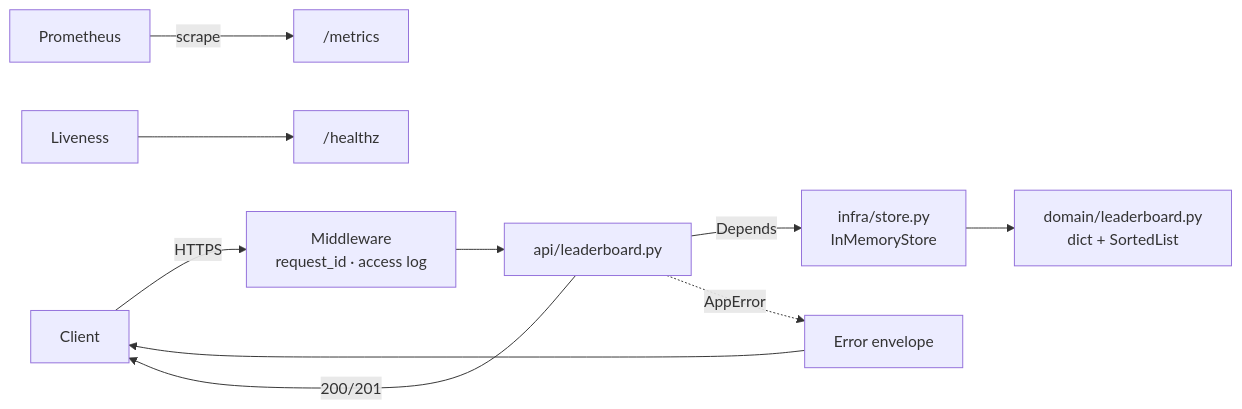
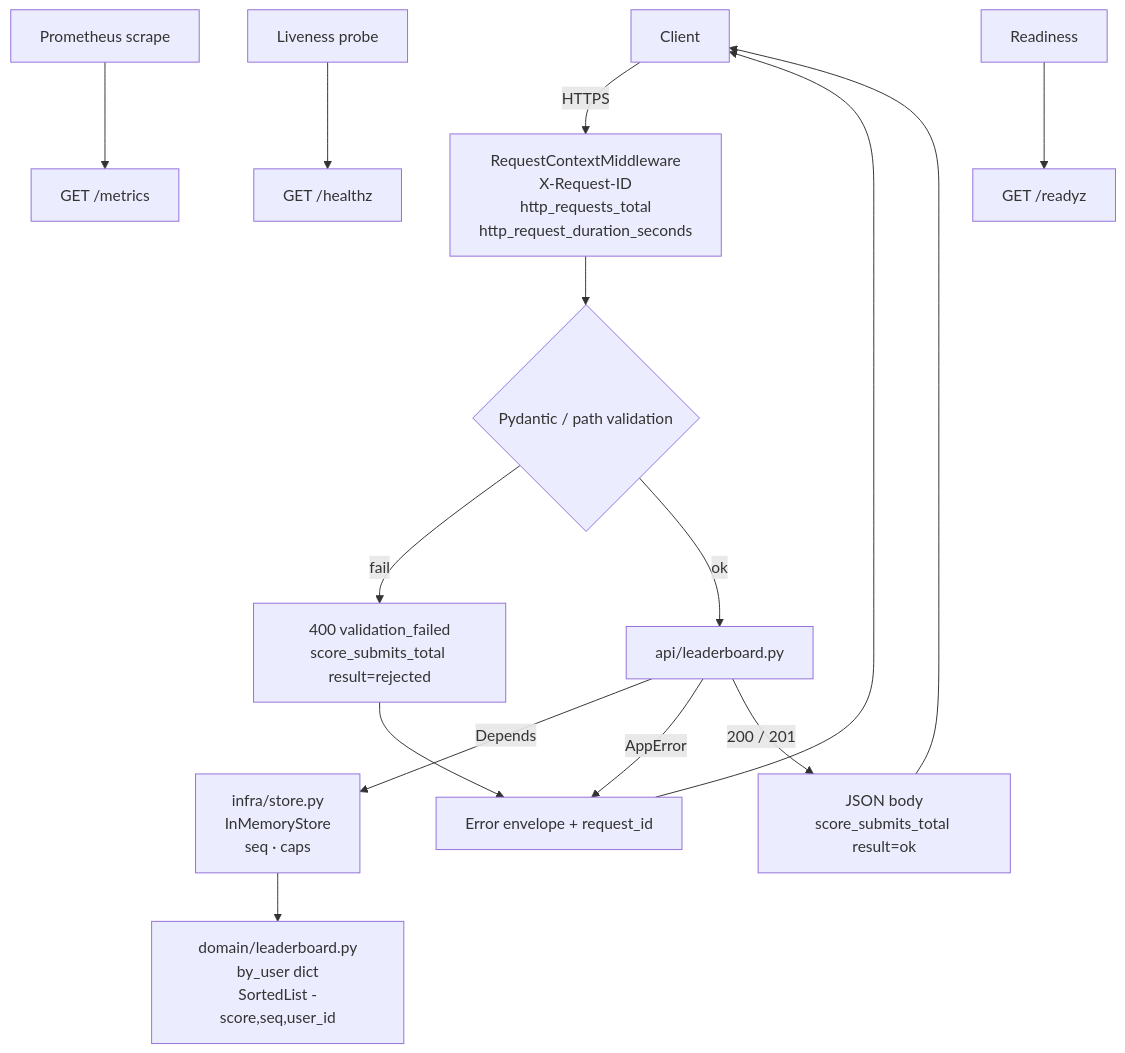
The diagram in docs/architecture.md (hemkarG10/leaderboard), drawn with Mermaid before and after one commit. The commit also changed other lines of this file and 9 other files, not shown here.

First line of the commit message:
feat(observability): Prometheus HTTP metrics and scale/race tests

````diff
--- a/docs/architecture.md
+++ b/docs/architecture.md
@@ -5,12 +7,17 @@
 ```mermaid
-flowchart LR
-    C[Client] -->|HTTPS| MW[Middleware<br/>request_id · access log]
-    MW --> R[api/leaderboard.py]
-    R -->|Depends| S[infra/store.py<br/>InMemoryStore]
-    S --> D[domain/leaderboard.py<br/>dict + SortedList]
-    R -.->|AppError| EH[Error envelope]
-    EH --> C
-    R -->|200/201| C
-    P[Prometheus] -->|scrape| M["/metrics"]
-    Probe[Liveness] --> H["/healthz"]
+flowchart TD
+    C[Client] -->|HTTPS| MW[RequestContextMiddleware<br/>X-Request-ID<br/>http_requests_total<br/>http_request_duration_seconds]
+    MW --> V{Pydantic / path validation}
+    V -->|fail| REJ[400 validation_failed<br/>score_submits_total result=rejected]
+    REJ --> ENV[Error envelope + request_id]
+    ENV --> C
+    V -->|ok| R[api/leaderboard.py]
+    R -->|Depends| S[infra/store.py<br/>InMemoryStore<br/>seq · caps]
+    S --> D[domain/leaderboard.py<br/>by_user dict<br/>SortedList -score,seq,user_id]
+    R -->|AppError| ENV
+    R -->|200 / 201| OK[JSON body<br/>score_submits_total result=ok]
+    OK --> C
+    P[Prometheus scrape] --> M["GET /metrics"]
+    L[Liveness probe] --> H["GET /healthz"]
+    RD[Readiness] --> RY["GET /readyz"]
 ```
````
